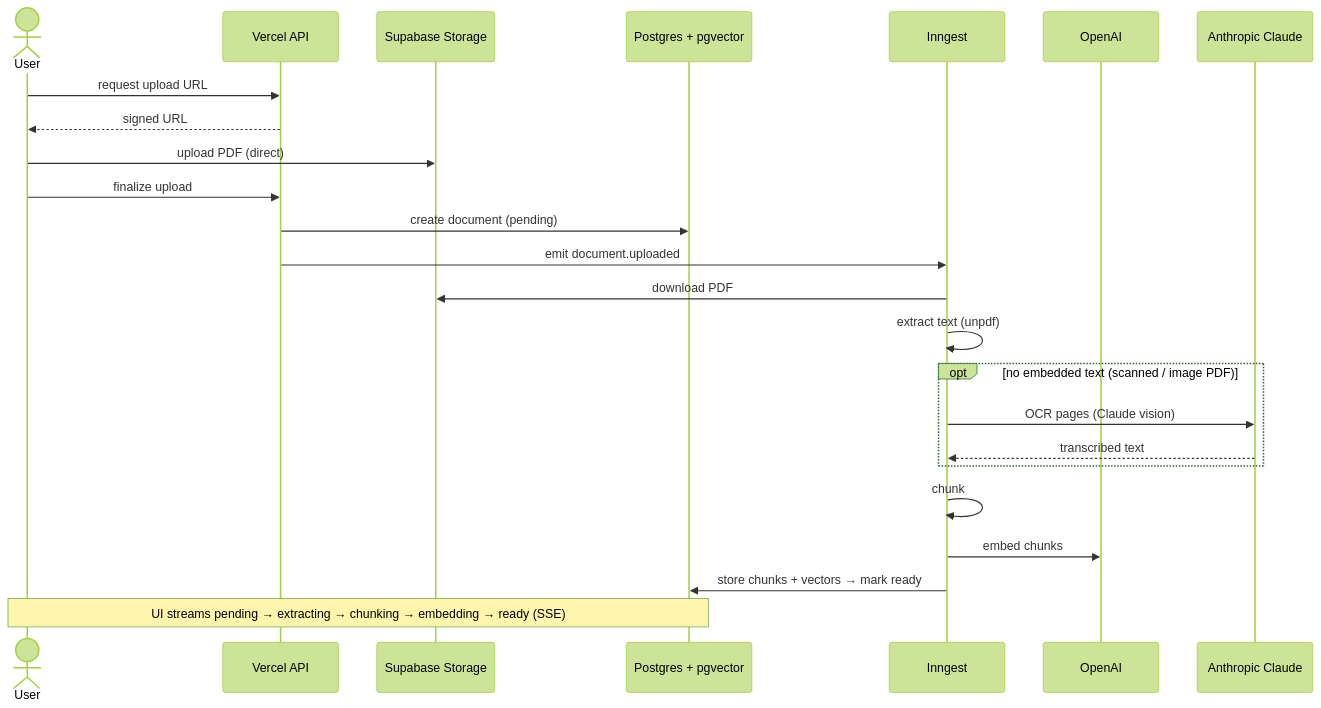
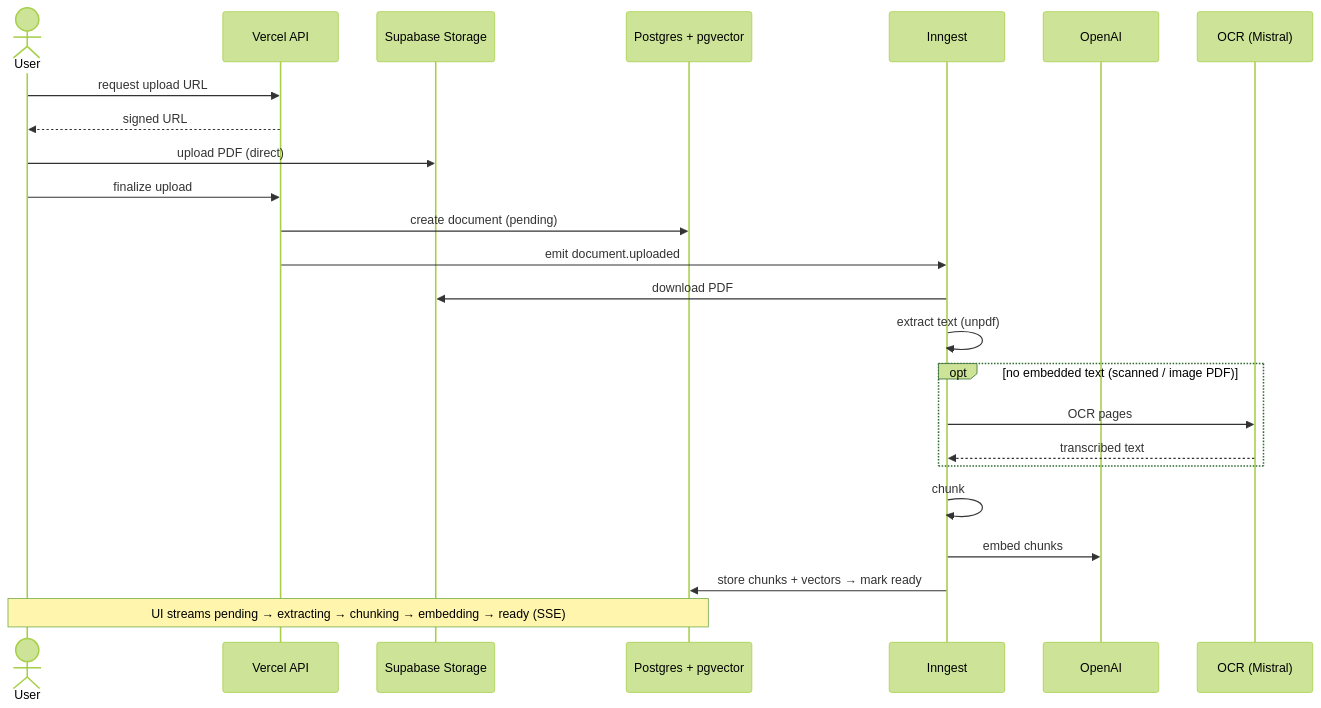
Before and after one commit to chrisbarreras/document-chat: the second of 3 diagrams in README.md, drawn with Mermaid (forest theme). The commit also changed other lines of this file and 4 other files, not shown here.

First line of the commit message:
feat(ingest): default OCR_PROVIDER to mistral (#39)

````diff
--- a/README.md
+++ b/README.md
@@ -109,27 +110,27 @@
 ```mermaid
 sequenceDiagram
   actor U as User
   participant API as Vercel API
   participant ST as Supabase Storage
   participant DB as Postgres + pgvector
   participant IN as Inngest
   participant OA as OpenAI
-  participant CL as Anthropic Claude
+  participant OCRP as OCR (Mistral)
 
   U->>API: request upload URL
   API-->>U: signed URL
   U->>ST: upload PDF (direct)
   U->>API: finalize upload
   API->>DB: create document (pending)
   API->>IN: emit document.uploaded
   IN->>ST: download PDF
   IN->>IN: extract text (unpdf)
   opt no embedded text (scanned / image PDF)
-    IN->>CL: OCR pages (Claude vision)
-    CL-->>IN: transcribed text
+    IN->>OCRP: OCR pages
+    OCRP-->>IN: transcribed text
   end
   IN->>IN: chunk
   IN->>OA: embed chunks
   IN->>DB: store chunks + vectors → mark ready
   Note over U,DB: UI streams pending → extracting → chunking → embedding → ready (SSE)
 ```
````
